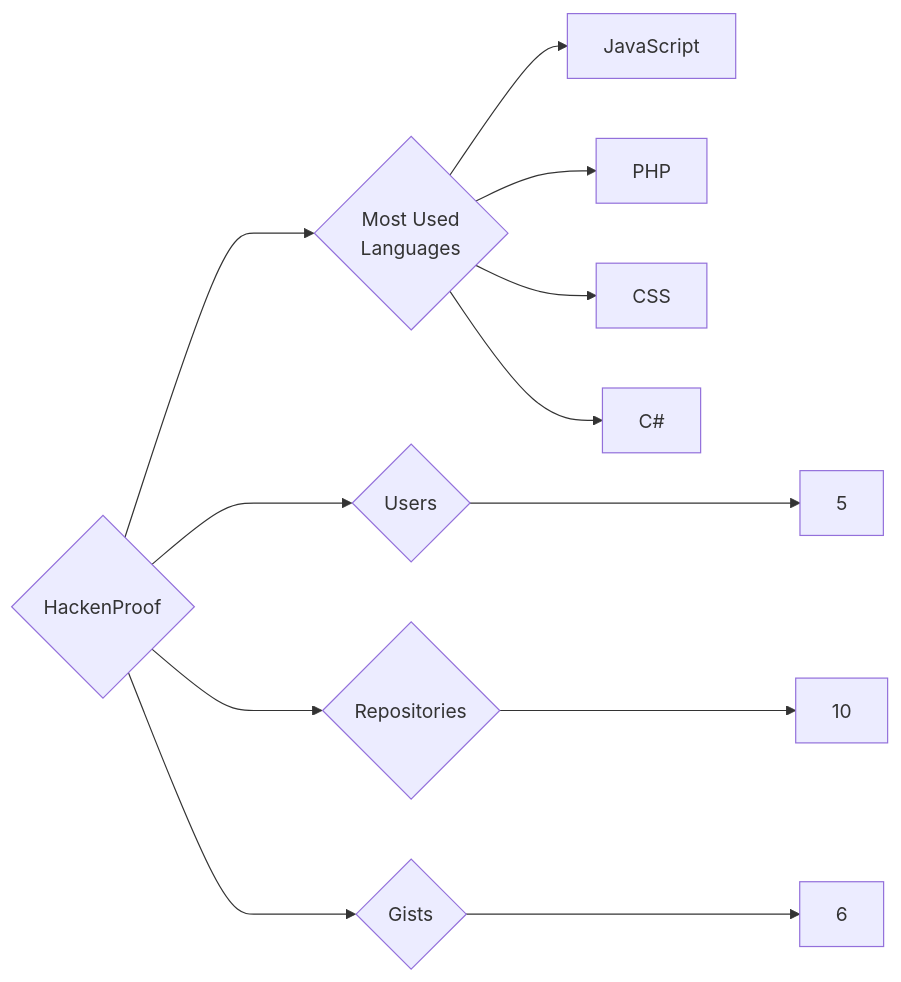
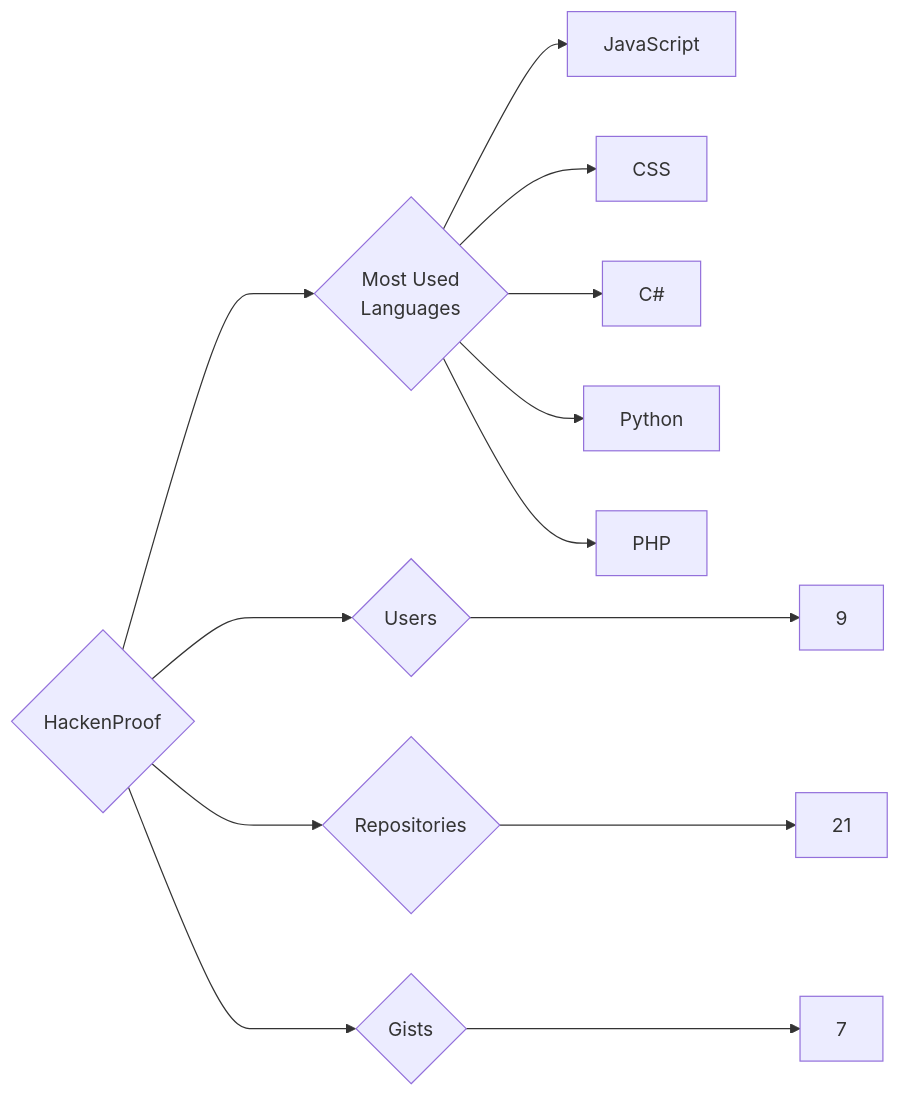
One commit to trickest/insiders changed the diagram in targets/HackenProof/README.md. Above: the diagram before and after it, drawn with Mermaid. The commit also changed 1123 other files, not shown here.

````diff
--- a/targets/HackenProof/README.md
+++ b/targets/HackenProof/README.md
@@ -3,12 +3,13 @@
 ```mermaid
 graph LR
 COMPANY_NAME{HackenProof}
-COMPANY_NAME ---> U{Users} ---> UN[5]
-COMPANY_NAME ---> R{Repositories} ---> RN[10]
-COMPANY_NAME ---> G{Gists} ---> GN[6]
+COMPANY_NAME ---> U{Users} ---> UN[9]
+COMPANY_NAME ---> R{Repositories} ---> RN[21]
+COMPANY_NAME ---> G{Gists} ---> GN[7]
 COMPANY_NAME ---> ML{Most Used<br>Languages}
 ML --> JavaScript[JavaScript]
-ML --> PHP[PHP]
 ML --> CSS[CSS]
 ML --> C#[C#]
+ML --> Python[Python]
+ML --> PHP[PHP]
 ```
````
